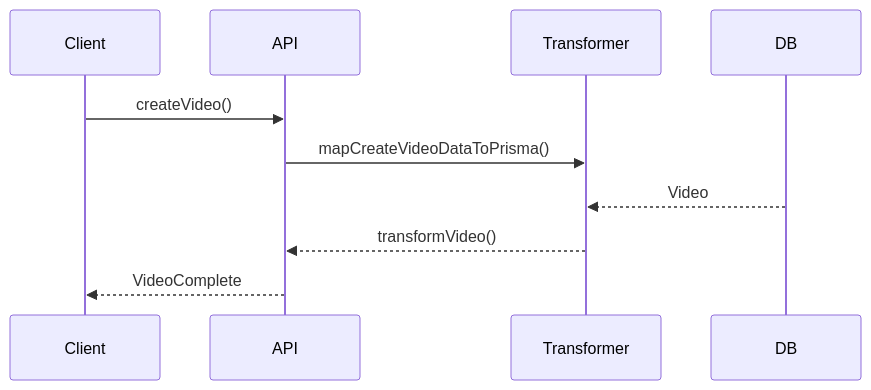
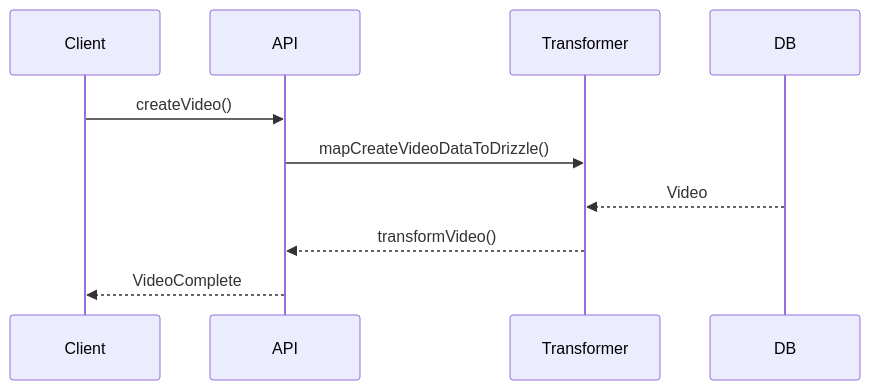
The second of 2 diagrams in src/types/entities/video/documentation.md (gvastethecreator/media-manager), drawn with Mermaid before and after one commit. The commit also changed 185 other files, not shown here.

````diff
--- a/src/types/entities/video/documentation.md
+++ b/src/types/entities/video/documentation.md
@@ -47,13 +47,13 @@
 ```mermaid
 sequenceDiagram
     participant Client
     participant API
     participant Transformer
     participant DB
     Client->>API: createVideo()
-    API->>Transformer: mapCreateVideoDataToPrisma()
+    API->>Transformer: mapCreateVideoDataToDrizzle()
     
     DB-->>Transformer: Video
     Transformer-->>API: transformVideo()
     API-->>Client: VideoComplete
 ```
````
